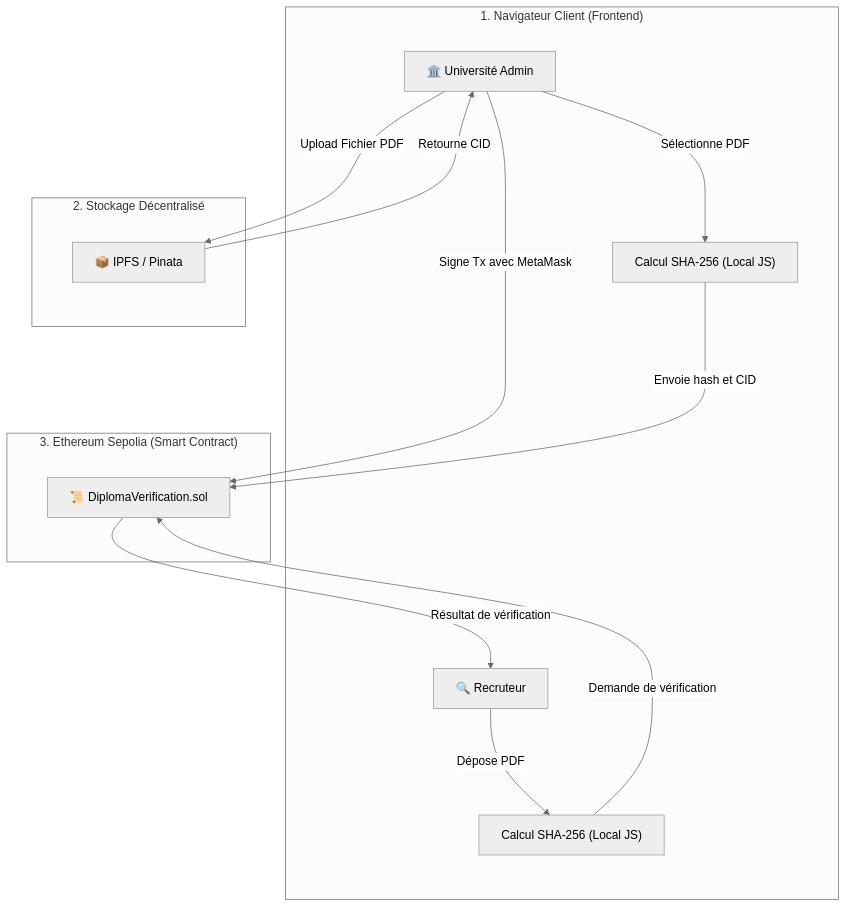
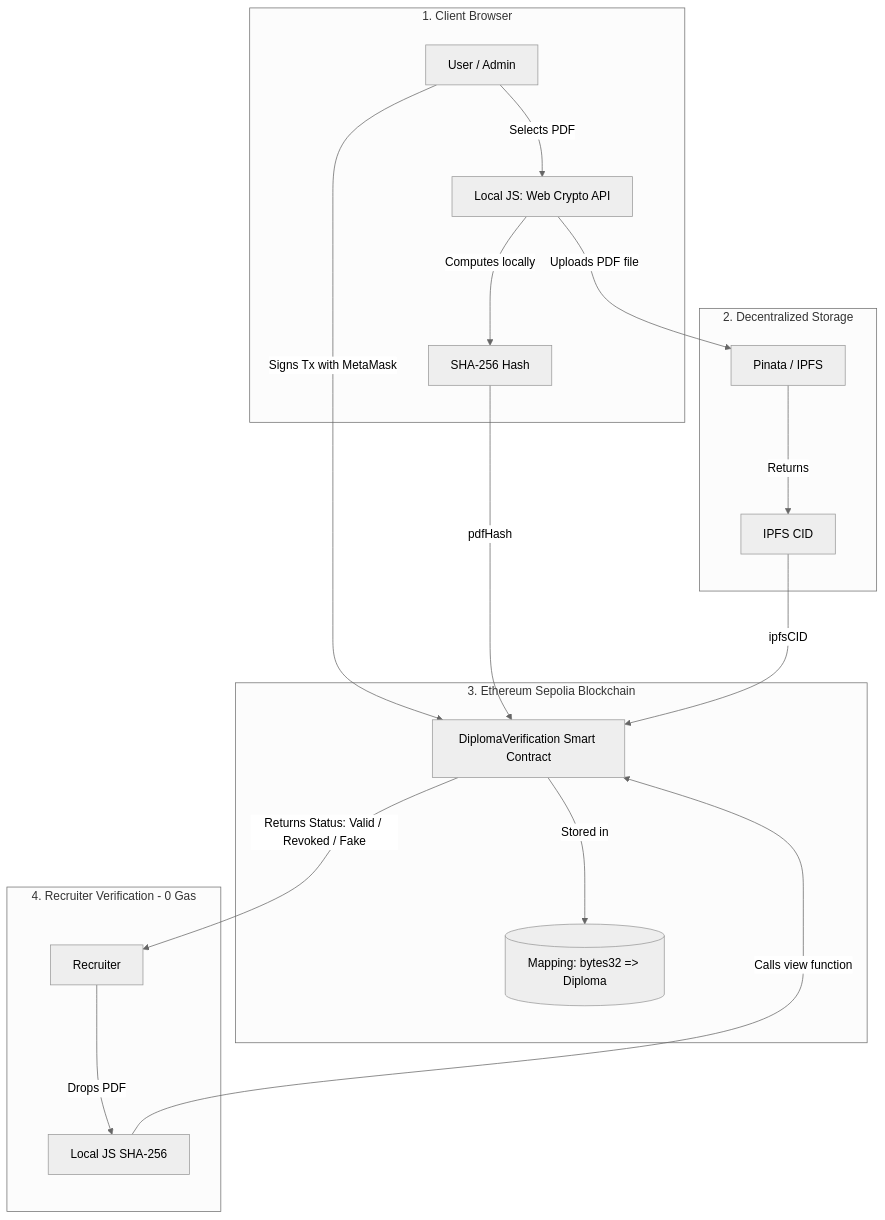
Before and after one commit to buildwithrayen/blockchain-diploma-verification: the diagram in README.md, drawn with Mermaid (neutral theme). The commit also changed other lines of this file, not shown here.

````diff
--- a/README.md
+++ b/README.md
@@ -25,22 +26,28 @@
 ```mermaid
-%%{init: {"flowchart": {"nodeSpacing": 90, "rankSpacing": 120, "curve": "basis", "htmlLabels": true}}}%%
+%%{init: {"flowchart": {"nodeSpacing": 65, "rankSpacing": 100, "curve": "basis", "htmlLabels": true}}}%%
 
 flowchart TD
 
-    subgraph Browser["1. Navigateur Client (Frontend)"]
-        Admin["🏛️ Université Admin"] -->|Sélectionne PDF| Hash1["Calcul SHA-256 (Local JS)"]
-        Recruiter["🔍 Recruteur"] -->|Dépose PDF| Hash2["Calcul SHA-256 (Local JS)"]
+    subgraph Client_Side ["1. Client Browser"]
+        A["User / Admin"] -->|Selects PDF| B["Local JS: Web Crypto API"]
+        B -->|Computes locally| C["SHA-256 Hash"]
     end
 
-    subgraph Storage["2. Stockage Décentralisé"]
-        Admin -->|Upload Fichier PDF| Pinata["📦 IPFS / Pinata"]
-        Pinata -->|Retourne CID| Admin
+    subgraph Storage ["2. Decentralized Storage"]
+        B -->|Uploads PDF file| D["Pinata / IPFS"]
+        D -->|Returns| E["IPFS CID"]
     end
 
-    subgraph Blockchain["3. Ethereum Sepolia (Smart Contract)"]
-        Admin -->|Signe Tx avec MetaMask| SC["📜 DiplomaVerification.sol"]
-        Hash1 -->|Envoie hash et CID| SC
-        Hash2 -->|Demande de vérification| SC
-        SC -->|Résultat de vérification| Recruiter
+    subgraph Blockchain ["3. Ethereum Sepolia Blockchain"]
+        A -->|Signs Tx with MetaMask| F["DiplomaVerification Smart Contract"]
+        C -->|pdfHash| F
+        E -->|ipfsCID| F
+        F -->|Stored in| G[("Mapping: bytes32 => Diploma")]
+    end
+
+    subgraph Verification ["4. Recruiter Verification - 0 Gas"]
+        R["Recruiter"] -->|Drops PDF| B2["Local JS SHA-256"]
+        B2 -->|Calls view function| F
+        F -->|Returns Status: Valid / Revoked / Fake| R
     end
 ```
````
